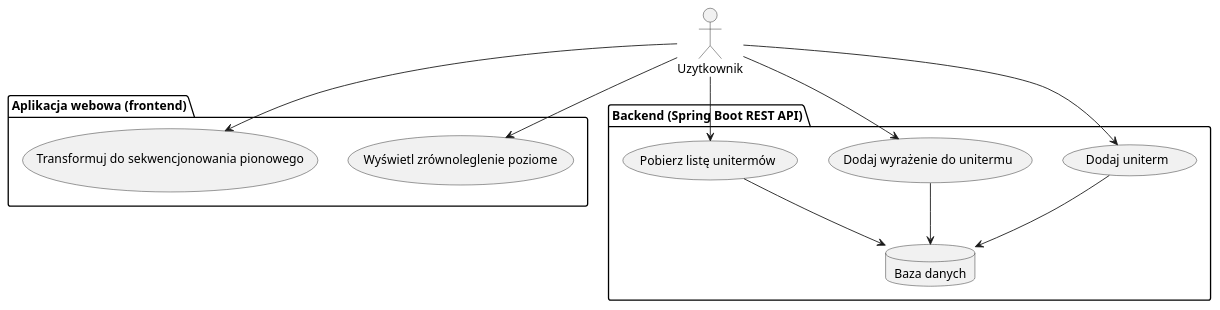
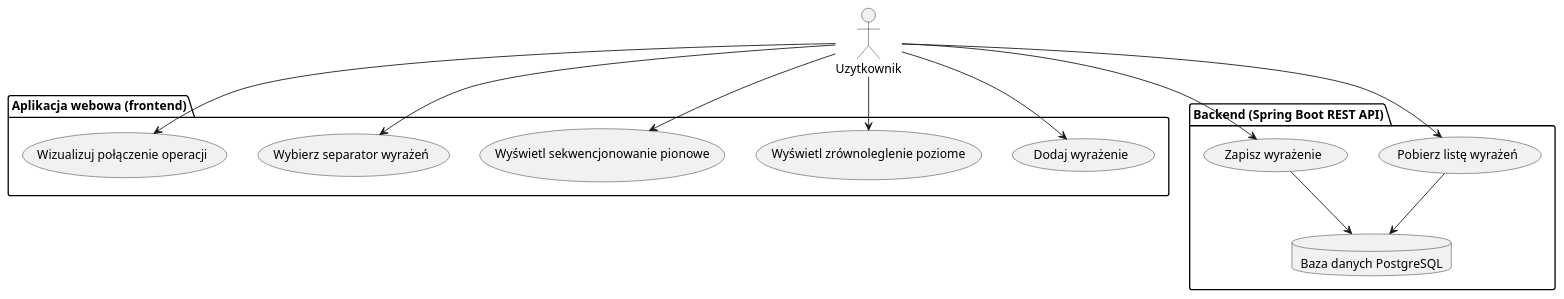
One commit to miluski/Uniterm changed the diagram in documentation/diagrams/use_case/diagram.wsd. Above: the diagram before and after it, drawn with PlantUML. The commit also changed 13 other files, not shown here.

```diff
--- a/documentation/diagrams/use_case/diagram.wsd
+++ b/documentation/diagrams/use_case/diagram.wsd
@@ -1,26 +1,29 @@
 @startuml
 actor Uzytkownik
 
 package "Aplikacja webowa (frontend)" {
+    (Dodaj wyrażenie)
     (Wyświetl zrównoleglenie poziome)
-    (Transformuj do sekwencjonowania pionowego)
+    (Wyświetl sekwencjonowanie pionowe)
+    (Wybierz separator wyrażeń)
+    (Wizualizuj połączenie operacji)
 
+    Uzytkownik --> (Dodaj wyrażenie)
     Uzytkownik --> (Wyświetl zrównoleglenie poziome)
-    Uzytkownik --> (Transformuj do sekwencjonowania pionowego)
+    Uzytkownik --> (Wyświetl sekwencjonowanie pionowe)
+    Uzytkownik --> (Wybierz separator wyrażeń)
+    Uzytkownik --> (Wizualizuj połączenie operacji)
 }
 
 package "Backend (Spring Boot REST API)" {
-    (Dodaj uniterm)
-    (Dodaj wyrażenie do unitermu)
-    (Pobierz listę unitermów)
+    (Pobierz listę wyrażeń)
+    (Zapisz wyrażenie)
 
-    Uzytkownik --> (Dodaj uniterm)
-    Uzytkownik --> (Dodaj wyrażenie do unitermu)
-    Uzytkownik --> (Pobierz listę unitermów)
+    Uzytkownik --> (Pobierz listę wyrażeń)
+    Uzytkownik --> (Zapisz wyrażenie)
 
-    database "Baza danych" as DB
-    (Dodaj uniterm) --> DB
-    (Dodaj wyrażenie do unitermu) --> DB
-    (Pobierz listę unitermów) --> DB
-}
+    database "Baza danych PostgreSQL" as DB
+    (Zapisz wyrażenie) --> DB
+    (Pobierz listę wyrażeń) --> DB
+} 
 @enduml
```
